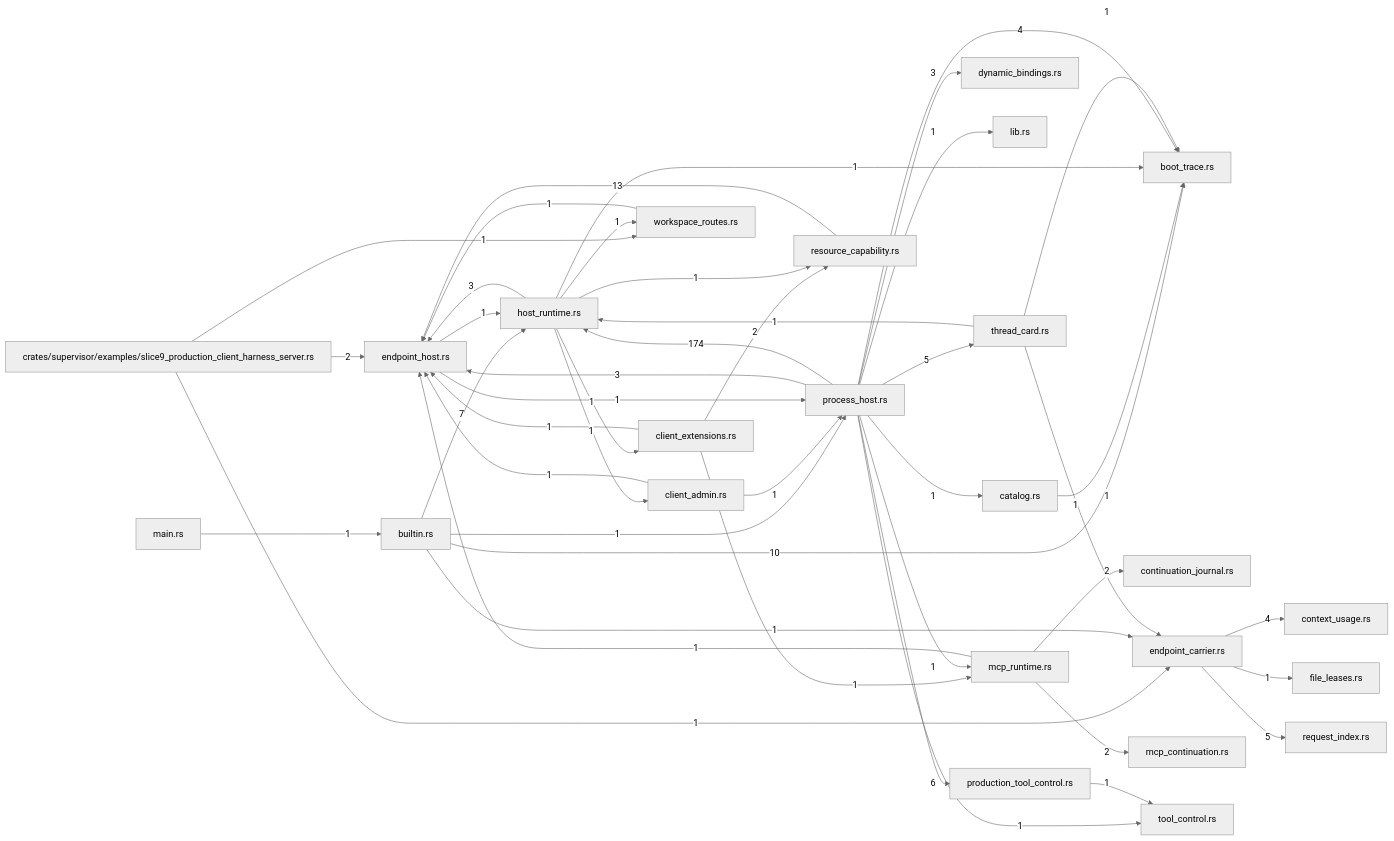
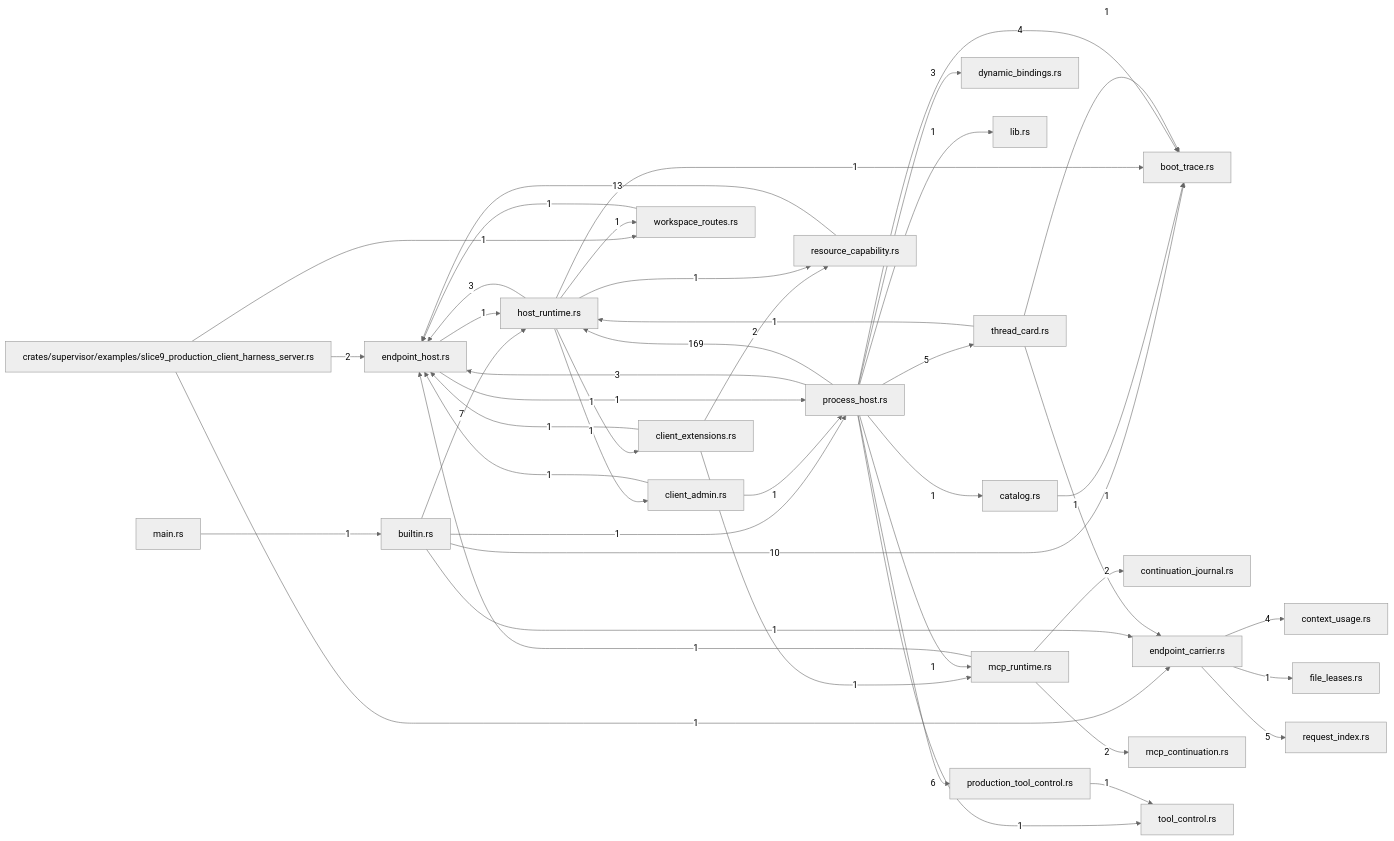
Before and after one commit to TekesApps/TekesKernel: the diagram in crates/supervisor/docs/generated/index.md, drawn with Mermaid (neutral theme). The commit also changed other lines of this file and 49 other files, not shown here.

````diff
--- a/crates/supervisor/docs/generated/index.md
+++ b/crates/supervisor/docs/generated/index.md
@@ -100,71 +100,71 @@
 ```mermaid
 flowchart LR
   m0["crates/supervisor/examples/slice9_production_client_harness_server.rs"]
   m1["boot_trace.rs"]
   m2["builtin.rs"]
   m3["catalog.rs"]
   m4["client_admin.rs"]
   m5["client_extensions.rs"]
   m6["context_usage.rs"]
   m7["continuation_journal.rs"]
   m8["dynamic_bindings.rs"]
   m9["endpoint_carrier.rs"]
   m10["endpoint_host.rs"]
   m11["file_leases.rs"]
   m12["host_runtime.rs"]
   m13["lib.rs"]
   m14["main.rs"]
   m15["mcp_continuation.rs"]
   m16["mcp_runtime.rs"]
   m17["process_host.rs"]
   m18["production_tool_control.rs"]
   m19["request_index.rs"]
   m20["resource_capability.rs"]
   m21["thread_card.rs"]
   m22["tool_control.rs"]
   m23["workspace_routes.rs"]
   m0 -->|"1"| m9
   m0 -->|"2"| m10
   m0 -->|"1"| m23
   m2 -->|"10"| m1
   m2 -->|"1"| m9
   m2 -->|"7"| m12
   m2 -->|"1"| m17
   m3 -->|"1"| m1
   m4 -->|"1"| m10
   m4 -->|"1"| m17
   m5 -->|"1"| m10
   m5 -->|"1"| m16
   m5 -->|"2"| m20
   m9 -->|"4"| m6
   m9 -->|"1"| m11
   m9 -->|"5"| m19
   m10 -->|"1"| m12
   m10 -->|"1"| m17
   m12 -->|"1"| m1
   m12 -->|"1"| m4
   m12 -->|"1"| m5
   m12 -->|"3"| m10
   m12 -->|"1"| m20
   m12 -->|"1"| m23
   m14 -->|"1"| m2
   m16 -->|"2"| m7
   m16 -->|"1"| m10
   m16 -->|"2"| m15
   m17 -->|"4"| m1
   m17 -->|"1"| m3
   m17 -->|"3"| m8
   m17 -->|"3"| m10
-  m17 -->|"174"| m12
+  m17 -->|"169"| m12
   m17 -->|"1"| m13
   m17 -->|"1"| m16
   m17 -->|"6"| m18
   m17 -->|"5"| m21
   m17 -->|"1"| m22
   m18 -->|"1"| m22
   m20 -->|"13"| m10
   m21 -->|"1"| m1
   m21 -->|"1"| m9
   m21 -->|"1"| m12
   m23 -->|"1"| m10
 ```
````
